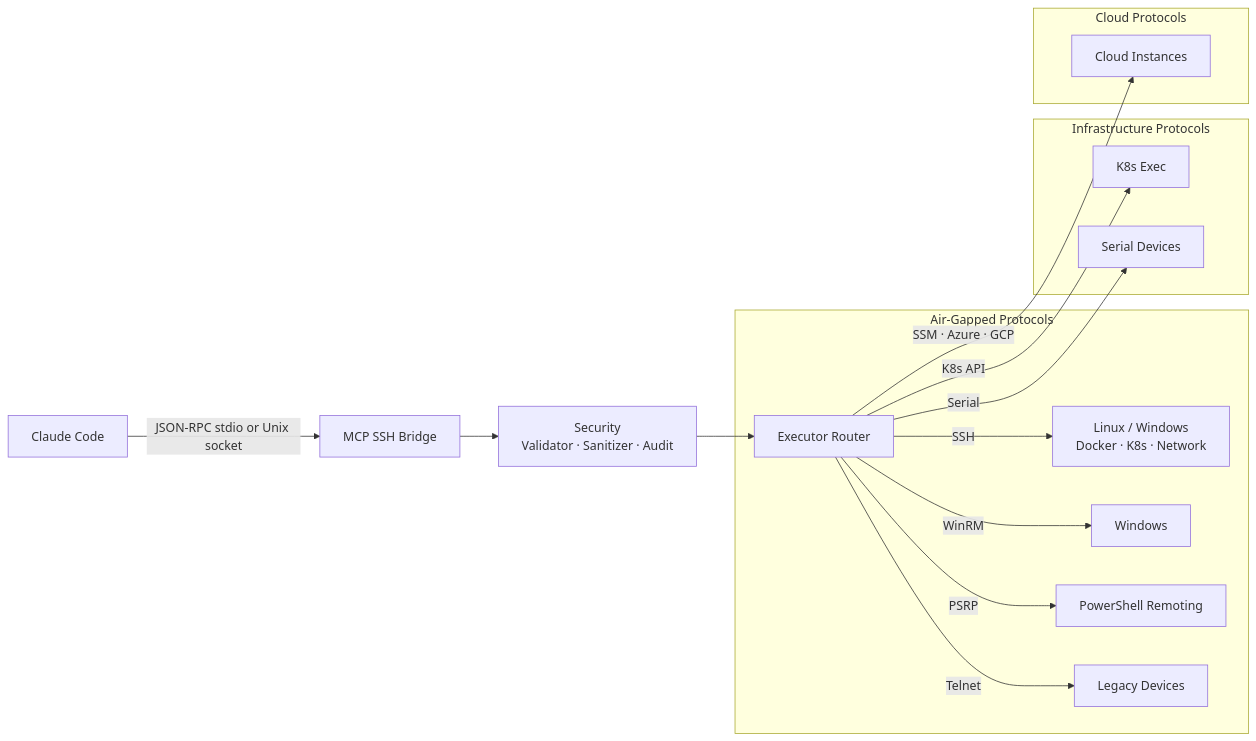
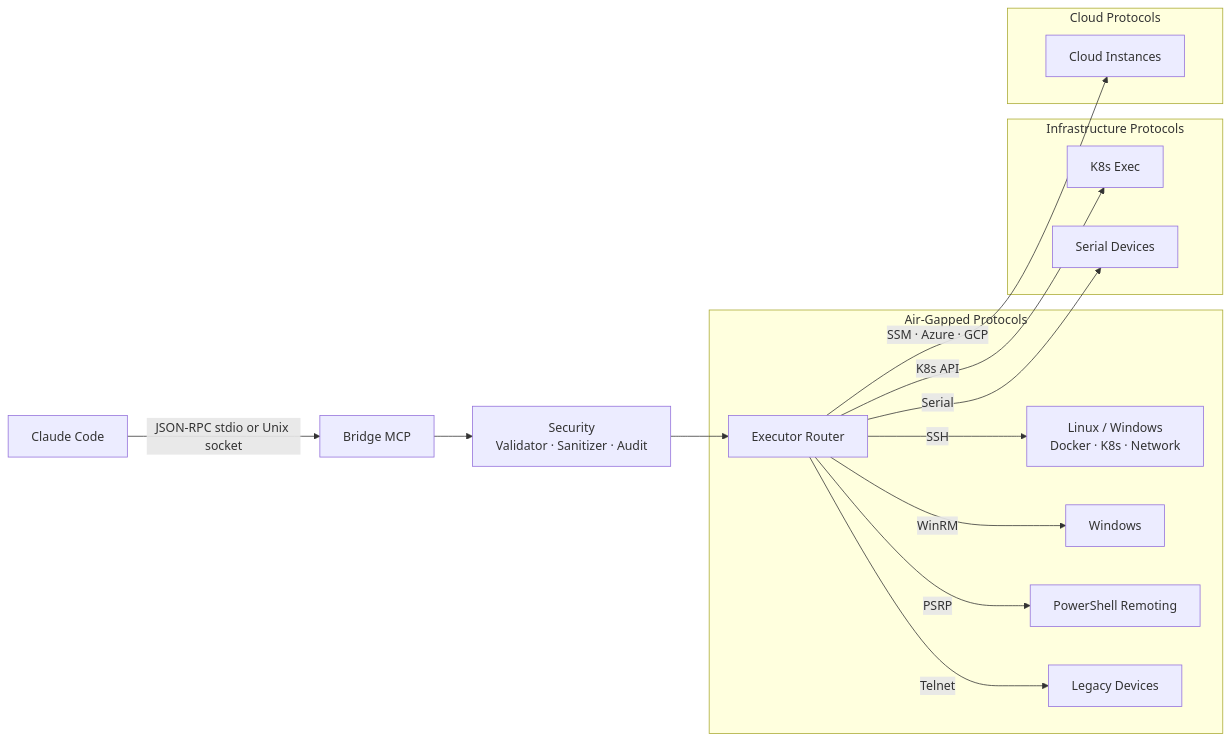
The diagram in README.md (muchiny/bridge-mcp), drawn with Mermaid before and after one commit. The commit also changed other lines of this file and 2 other files, not shown here.

First line of the commit message:
docs: README marketplace install + rebrand to Bridge MCP; add version to skills

````diff
--- a/README.md
+++ b/README.md
@@ -205,23 +215,23 @@
 ```mermaid
 graph LR
-    CC[Claude Code] -->|JSON-RPC stdio or Unix socket| BR[MCP SSH Bridge]
+    CC[Claude Code] -->|JSON-RPC stdio or Unix socket| BR[Bridge MCP]
 
     BR --> SEC[Security<br/>Validator · Sanitizer · Audit]
     SEC --> ER[Executor Router]
 
     subgraph "Air-Gapped Protocols"
         ER -->|SSH| P1[Linux / Windows<br/>Docker · K8s · Network]
         ER -->|WinRM| P2[Windows]
         ER -->|PSRP| P2b[PowerShell Remoting]
         ER -->|Telnet| P3[Legacy Devices]
     end
 
     subgraph "Infrastructure Protocols"
         ER -->|K8s API| P6[K8s Exec]
         ER -->|Serial| P7[Serial Devices]
     end
 
     subgraph "Cloud Protocols"
         ER -->|SSM · Azure · GCP| P9[Cloud Instances]
     end
 ```
````
